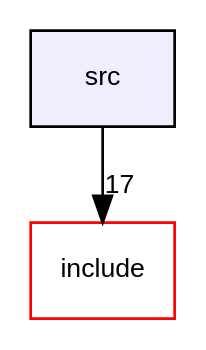
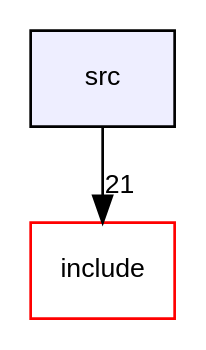
The diagram in document/ドキュメント/dir_68267d1309a1af8e8297ef4c3efbcdba_dep.dot (aka1ha2n3e/project00), drawn with Graphviz before and after one commit. The commit also changed 380 other files, not shown here.

```diff
--- a/document/ドキュメント/dir_68267d1309a1af8e8297ef4c3efbcdba_dep.dot
+++ b/document/ドキュメント/dir_68267d1309a1af8e8297ef4c3efbcdba_dep.dot
@@ -1,8 +1,8 @@
 digraph "src" {
   compound=true
   node [ fontsize="10", fontname="Helvetica"];
   edge [ labelfontsize="10", labelfontname="Helvetica"];
   dir_68267d1309a1af8e8297ef4c3efbcdba [shape=box, label="src", style="filled", fillcolor="#eeeeff", pencolor="black", URL="dir_68267d1309a1af8e8297ef4c3efbcdba.html"];
   dir_d44c64559bbebec7f509842c48db8b23 [shape=box label="include" fillcolor="white" style="filled" color="red" URL="dir_d44c64559bbebec7f509842c48db8b23.html"];
-  dir_68267d1309a1af8e8297ef4c3efbcdba->dir_d44c64559bbebec7f509842c48db8b23 [headlabel="17", labeldistance=1.5 headhref="dir_000009_000000.html"];
+  dir_68267d1309a1af8e8297ef4c3efbcdba->dir_d44c64559bbebec7f509842c48db8b23 [headlabel="21", labeldistance=1.5 headhref="dir_000010_000000.html"];
 }
```
